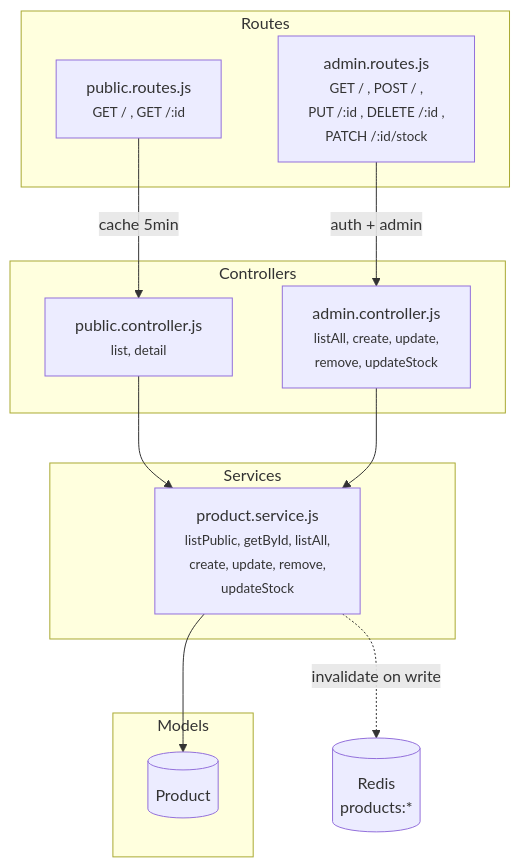
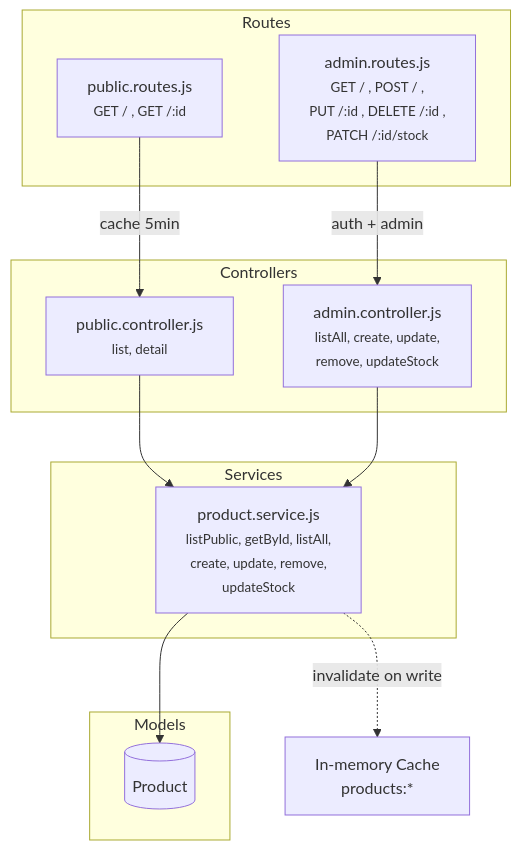
Before and after one commit to Akhilan11/oops-backend: the diagram in src/product/README.md, drawn with Mermaid. The commit also changed 12 other files, not shown here.

````diff
--- a/src/product/README.md
+++ b/src/product/README.md
@@ -7,27 +7,27 @@
 ```mermaid
 graph TB
     subgraph "Routes"
         PR[public.routes.js<br/><small>GET / , GET /:id</small>]
         AR[admin.routes.js<br/><small>GET / , POST / ,<br/>PUT /:id , DELETE /:id ,<br/>PATCH /:id/stock</small>]
     end
 
     subgraph "Controllers"
         PC[public.controller.js<br/><small>list, detail</small>]
         AC[admin.controller.js<br/><small>listAll, create, update,<br/>remove, updateStock</small>]
     end
 
     subgraph "Services"
         PS[product.service.js<br/><small>listPublic, getById, listAll,<br/>create, update, remove,<br/>updateStock</small>]
     end
 
     subgraph "Models"
         PM[(Product)]
     end
 
     PR -->|cache 5min| PC
     AR -->|auth + admin| AC
     PC --> PS
     AC --> PS
     PS --> PM
-    PS -.->|invalidate on write| REDIS[(Redis<br/>products:*)]
+    PS -.->|invalidate on write| CACHE[In-memory Cache<br/>products:*]
 ```
````
